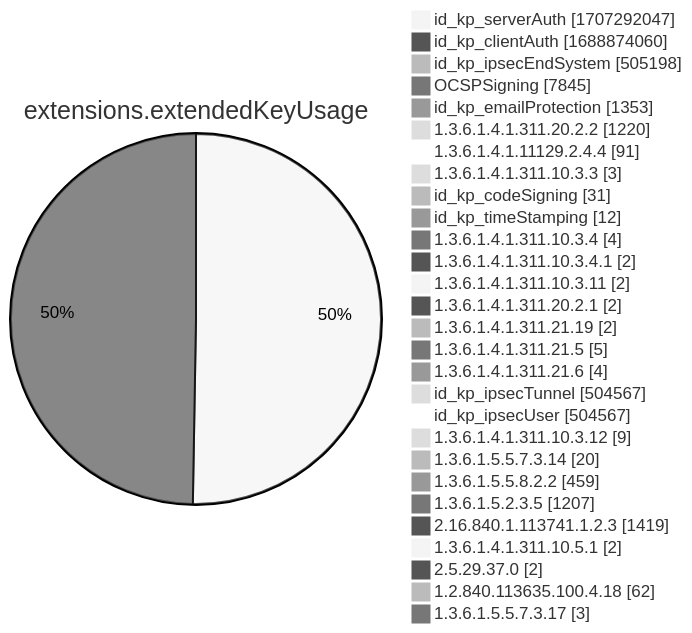
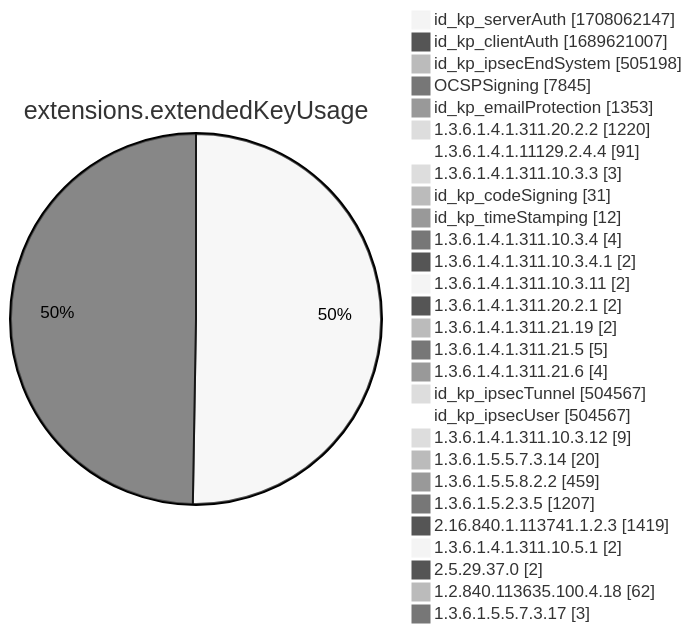
One commit to christiankrug/ctmonitor_visualization changed diagram 12 of 15 in xenon2022/README.md. Above: the diagram before and after it, drawn with Mermaid (neutral theme). The commit also changed other lines of this file, not shown here.

````diff
--- a/xenon2022/README.md
+++ b/xenon2022/README.md
@@ -3888,32 +3888,32 @@
 ```mermaid
 pie showData
 title extensions.extendedKeyUsage
-"id_kp_serverAuth" :1707292047
-"id_kp_clientAuth" :1688874060
+"id_kp_serverAuth" :1708062147
+"id_kp_clientAuth" :1689621007
 "id_kp_ipsecEndSystem" :505198
 "OCSPSigning" :7845
 "id_kp_emailProtection" :1353
 "1.3.6.1.4.1.311.20.2.2" :1220
 "1.3.6.1.4.1.11129.2.4.4" :91
 "1.3.6.1.4.1.311.10.3.3" :3
 "id_kp_codeSigning" :31
 "id_kp_timeStamping" :12
 "1.3.6.1.4.1.311.10.3.4" :4
 "1.3.6.1.4.1.311.10.3.4.1" :2
 "1.3.6.1.4.1.311.10.3.11" :2
 "1.3.6.1.4.1.311.20.2.1" :2
 "1.3.6.1.4.1.311.21.19" :2
 "1.3.6.1.4.1.311.21.5" :5
 "1.3.6.1.4.1.311.21.6" :4
 "id_kp_ipsecTunnel" :504567
 "id_kp_ipsecUser" :504567
 "1.3.6.1.4.1.311.10.3.12" :9
 "1.3.6.1.5.5.7.3.14" :20
 "1.3.6.1.5.5.8.2.2" :459
 "1.3.6.1.5.2.3.5" :1207
 "2.16.840.1.113741.1.2.3" :1419
 "1.3.6.1.4.1.311.10.5.1" :2
 "2.5.29.37.0" :2
 "1.2.840.113635.100.4.18" :62
 "1.3.6.1.5.5.7.3.17" :3
 ```
````
